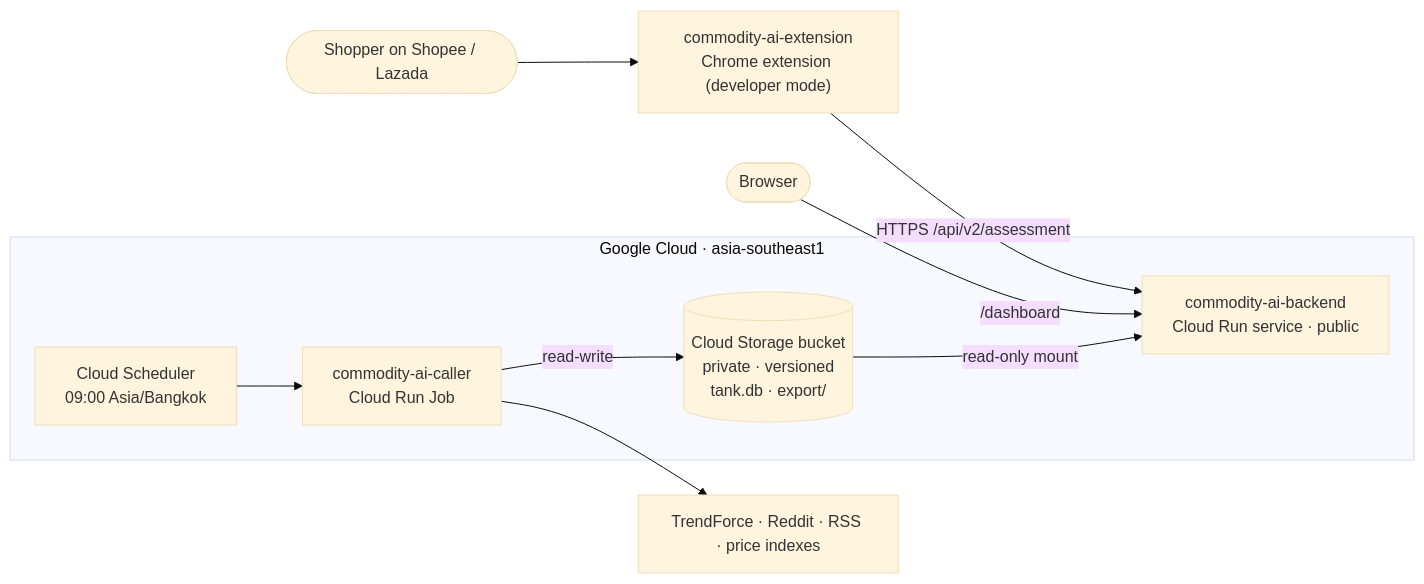
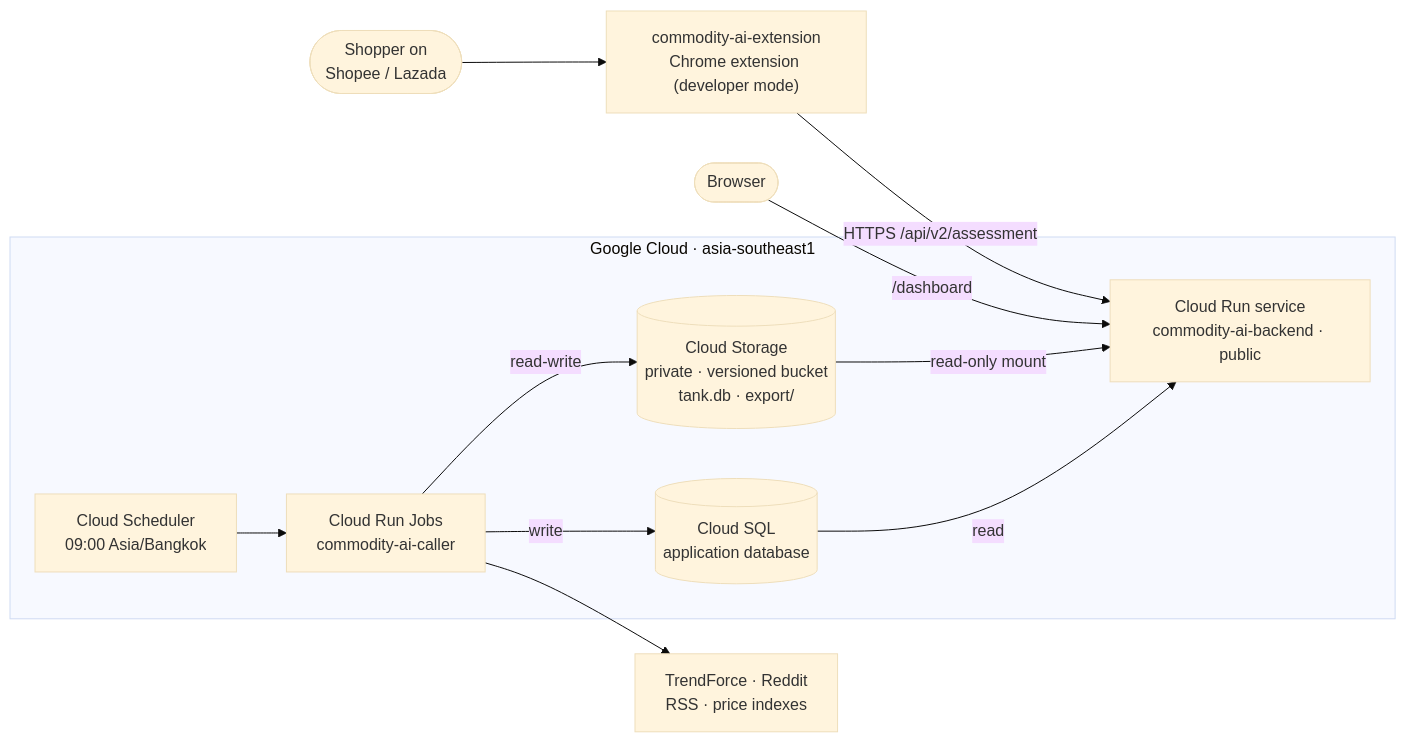
The diagram in README.md (MobyDIGG-commidtyAI/commodity-ai-caller), drawn with Mermaid (base theme) before and after one commit.

Commit message:
Fix: update current diagram

````diff
--- a/README.md
+++ b/README.md
@@ -9,12 +9,16 @@
 ```mermaid
 flowchart LR
-  shopper(["Shopper on Shopee / Lazada"]) --> ext["commodity-ai-extension<br/>Chrome extension (developer mode)"]
-  ext -- "HTTPS /api/v2/assessment" --> api
-  web(["Browser"]) -- "/dashboard" --> api
+  shopper(["Shopper on<br/>Shopee / Lazada"]) --> extension["commodity-ai-extension<br/>Chrome extension (developer mode)"]
+  extension -->|HTTPS /api/v2/assessment| api
+  browser(["Browser"]) -->|/dashboard| api
+
   subgraph gcp["Google Cloud · asia-southeast1"]
-    sched["Cloud Scheduler<br/>09:00 Asia/Bangkok"] --> job["commodity-ai-caller<br/>Cloud Run Job"]
-    job -- "read-write" --> bucket[("Cloud Storage bucket<br/>private · versioned<br/>tank.db · export/")]
-    bucket -- "read-only mount" --> api["commodity-ai-backend<br/>Cloud Run service · public"]
+    scheduler["Cloud Scheduler<br/>09:00 Asia/Bangkok"] --> job["Cloud Run Jobs<br/>commodity-ai-caller"]
+    job -->|read-write| bucket[("Cloud Storage<br/>private · versioned bucket<br/>tank.db · export/")]
+    bucket -->|read-only mount| api["Cloud Run service<br/>commodity-ai-backend · public"]
+    job -->|write| sql[("Cloud SQL<br/>application database")]
+    sql -->|read| api
   end
-  job --> sources["TrendForce · Reddit · RSS · price indexes"]
+
+  job --> sources["TrendForce · Reddit<br/>RSS · price indexes"]
 ```
````
